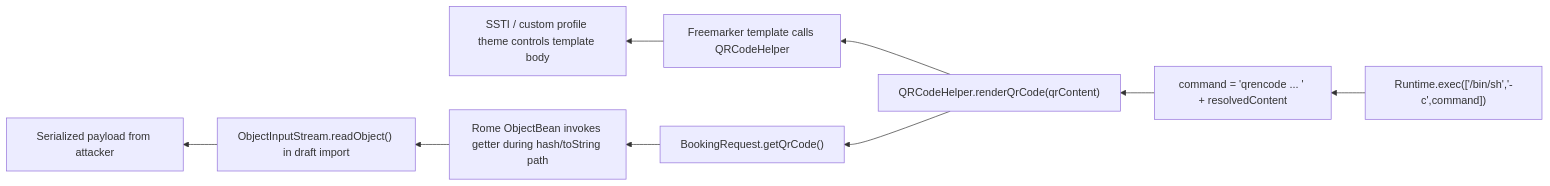
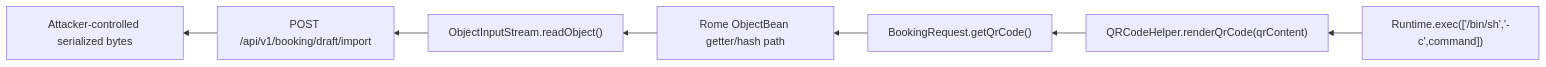
Diagram 14 of 21 in Report/Weblab All Vulnerabilities.md (tr1la/WebLab_KTVAirline), drawn with Mermaid before and after one commit. The commit also changed other lines of this file and 26 other files, not shown here.

````diff
--- a/Report/Weblab All Vulnerabilities.md
+++ b/Report/Weblab All Vulnerabilities.md
@@ -2240,18 +2443,12 @@
 ```mermaid
 flowchart RL
-    Q1["Runtime.exec(['/bin/sh','-c',command])"]
-    Q2["command = 'qrencode ... ' + resolvedContent"]
-    Q3["QRCodeHelper.renderQrCode(qrContent)"]
+    R1["Runtime.exec(['/bin/sh','-c',command])"]
+    R2["QRCodeHelper.renderQrCode(qrContent)"]
+    R3["BookingRequest.getQrCode()"]
+    R4["Rome ObjectBean getter/hash path"]
+    R5["ObjectInputStream.readObject()"]
+    R6["POST /api/v1/booking/draft/import"]
+    R7["Attacker-controlled serialized bytes"]
 
-    T1["Freemarker template calls QRCodeHelper"]
-    T2["SSTI / custom profile theme controls template body"]
-
-    D1["BookingRequest.getQrCode()"]
-    D2["Rome ObjectBean invokes getter during hash/toString path"]
-    D3["ObjectInputStream.readObject() in draft import"]
-    D4["Serialized payload from attacker"]
-
-    Q1 --> Q2 --> Q3
-    Q3 --> T1 --> T2
-    Q3 --> D1 --> D2 --> D3 --> D4
+    R1 --> R2 --> R3 --> R4 --> R5 --> R6 --> R7
 ```
````
